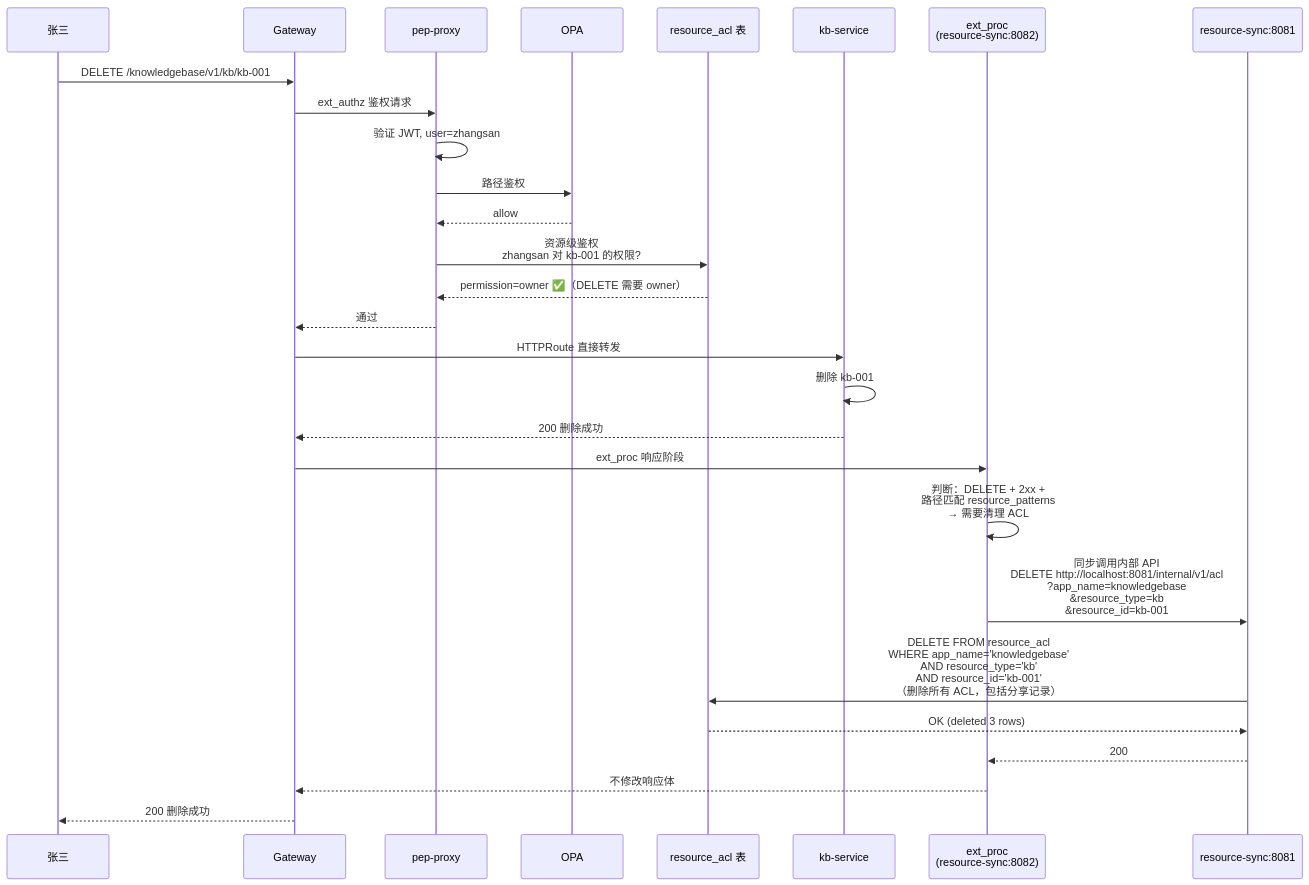
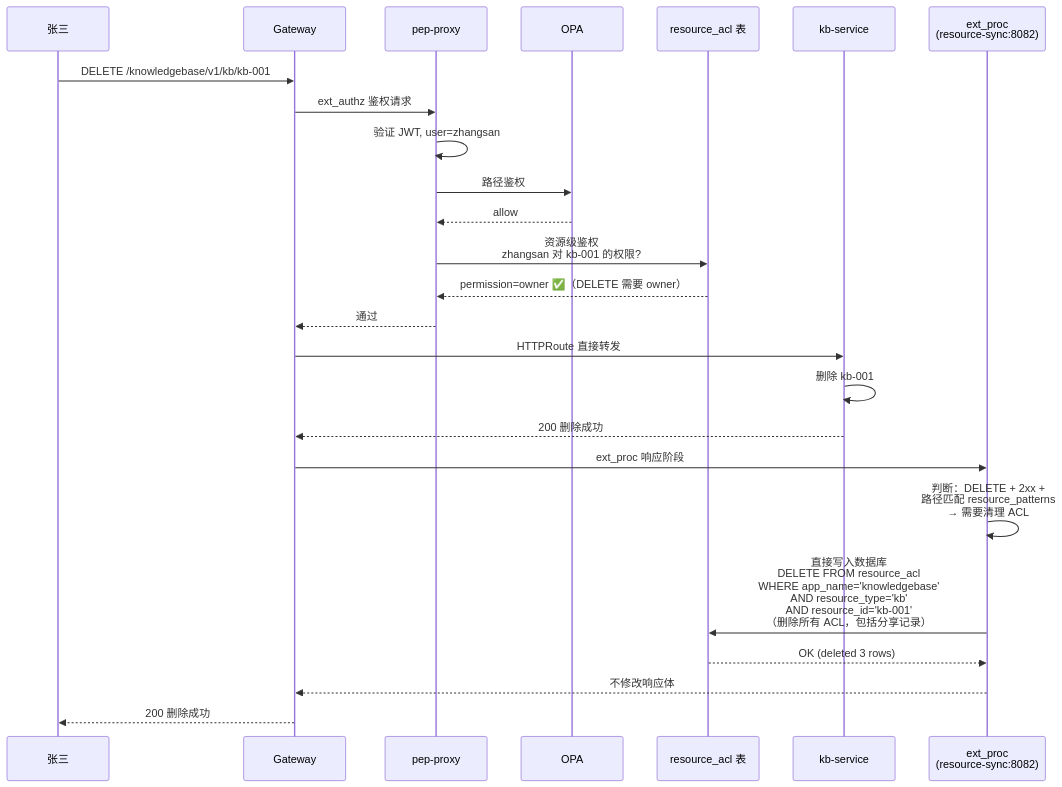
Diagram 11 of 15 in diagrams/request-flow.md (xiewanchao/aidp-iam), drawn with Mermaid before and after one commit. The commit also changed other lines of this file and 43 other files, not shown here.

First line of the commit message:
feat: IAM v2.0 - groups model, resource ACL, ext_proc, API Key auth

````diff
--- a/diagrams/request-flow.md
+++ b/diagrams/request-flow.md
@@ -407,35 +402,32 @@
 ```mermaid
 sequenceDiagram
     participant U as 张三
     participant GW as Gateway
     participant PEP as pep-proxy
     participant OPA as OPA
     participant DB as resource_acl 表
     participant KB as kb-service
     participant EP as ext_proc<br/>(resource-sync:8082)
-    participant API as resource-sync:8081
 
     U->>GW: DELETE /knowledgebase/v1/kb/kb-001
     GW->>PEP: ext_authz 鉴权请求
     PEP->>PEP: 验证 JWT, user=zhangsan
     PEP->>OPA: 路径鉴权
     OPA-->>PEP: allow
     PEP->>DB: 资源级鉴权<br/>zhangsan 对 kb-001 的权限?
     DB-->>PEP: permission=owner ✅（DELETE 需要 owner）
     PEP-->>GW: 通过
 
     GW->>KB: HTTPRoute 直接转发
     KB->>KB: 删除 kb-001
     KB-->>GW: 200 删除成功
 
     GW->>EP: ext_proc 响应阶段
     EP->>EP: 判断：DELETE + 2xx +<br/>路径匹配 resource_patterns<br/>→ 需要清理 ACL
 
-    EP->>API: 同步调用内部 API<br/>DELETE http://localhost:8081/internal/v1/acl<br/>?app_name=knowledgebase<br/>&resource_type=kb<br/>&resource_id=kb-001
-    API->>DB: DELETE FROM resource_acl<br/>WHERE app_name='knowledgebase'<br/>AND resource_type='kb'<br/>AND resource_id='kb-001'<br/>（删除所有 ACL，包括分享记录）
-    DB-->>API: OK (deleted 3 rows)
-    API-->>EP: 200
+    EP->>DB: 直接写入数据库<br/>DELETE FROM resource_acl<br/>WHERE app_name='knowledgebase'<br/>AND resource_type='kb'<br/>AND resource_id='kb-001'<br/>（删除所有 ACL，包括分享记录）
+    DB-->>EP: OK (deleted 3 rows)
 
     EP-->>GW: 不修改响应体
     GW-->>U: 200 删除成功
 ```
````
